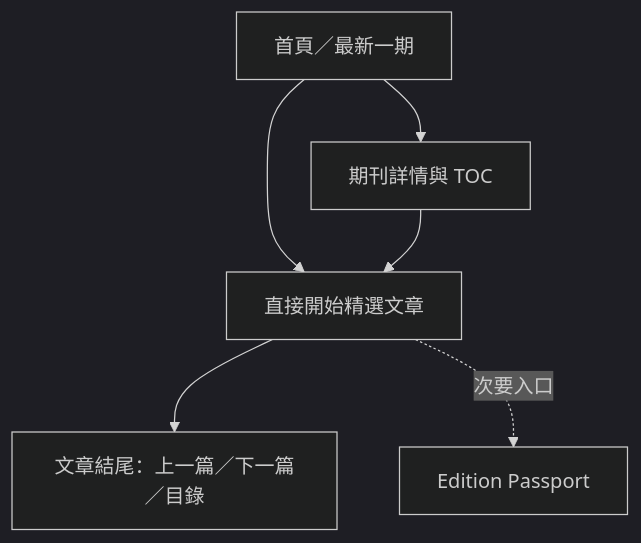
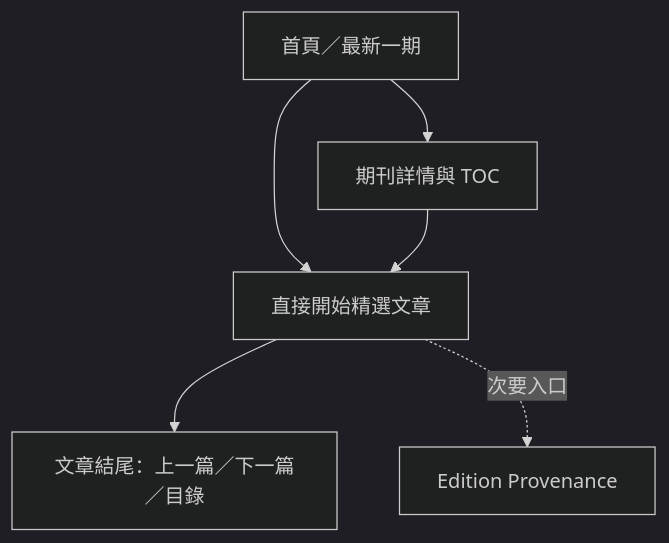
Before and after one commit to bynanci/courtside-tw: the diagram in DESIGN.md, drawn with Mermaid (dark theme). The commit also changed other lines of this file, not shown here.

```diff
--- a/DESIGN.md
+++ b/DESIGN.md
@@ -80,8 +80,8 @@
 ~~~mermaid
 flowchart TD
   H["首頁／最新一期"] --> I["期刊詳情與 TOC"]
   H --> A["直接開始精選文章"]
   I --> A
   A --> E["文章結尾：上一篇／下一篇／目錄"]
-  A -. "次要入口" .-> P["Edition Passport"]
+  A -. "次要入口" .-> P["Edition Provenance"]
 ~~~
```
